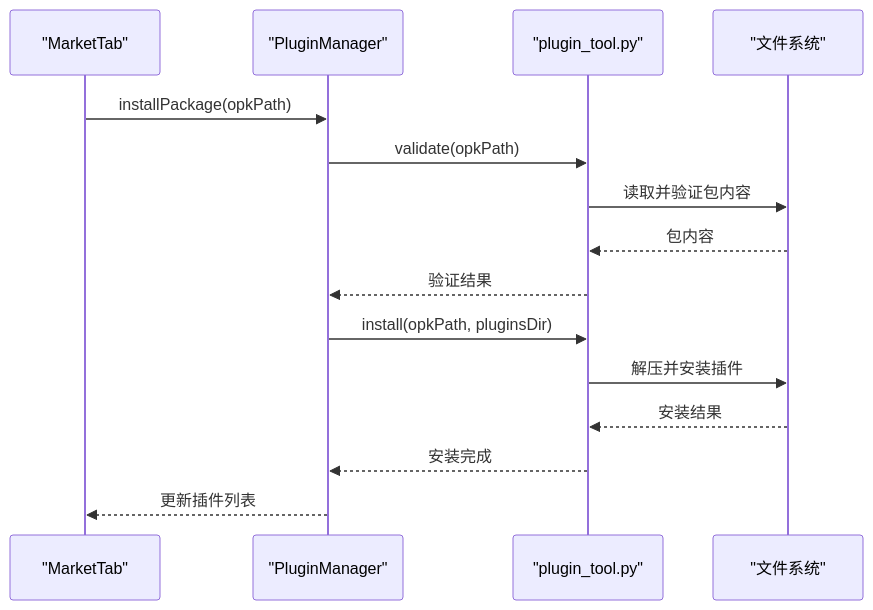
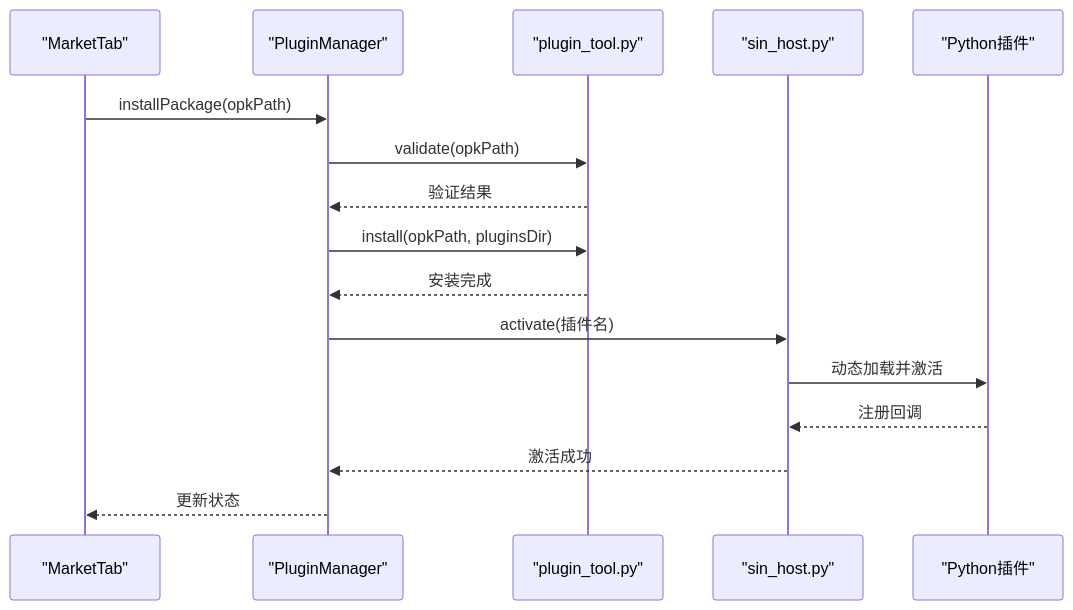
The fifth of 6 diagrams in .qoder/repowiki/zh/content/架构设计/插件系统架构/插件市场系统.md (jakecai1225-design/OpenBus), drawn with Mermaid before and after one commit. The commit also changed other lines of this file and 151 other files, not shown here.

````diff
--- a/.qoder/repowiki/zh/content/架构设计/插件系统架构/插件市场系统.md
+++ b/.qoder/repowiki/zh/content/架构设计/插件系统架构/插件市场系统.md
@@ -406,17 +337,18 @@
 ```mermaid
 sequenceDiagram
 participant UI as "MarketTab"
 participant PM as "PluginManager"
 participant PT as "plugin_tool.py"
-participant FS as "文件系统"
+participant SH as "sin_host.py"
+participant Plugin as "Python插件"
 UI->>PM : installPackage(opkPath)
 PM->>PT : validate(opkPath)
-PT->>FS : 读取并验证包内容
-FS-->>PT : 包内容
 PT-->>PM : 验证结果
 PM->>PT : install(opkPath, pluginsDir)
-PT->>FS : 解压并安装插件
-FS-->>PT : 安装结果
 PT-->>PM : 安装完成
-PM-->>UI : 更新插件列表
+PM->>SH : activate(插件名)
+SH->>Plugin : 动态加载并激活
+Plugin-->>SH : 注册回调
+SH-->>PM : 激活成功
+PM-->>UI : 更新状态
 ```
````
